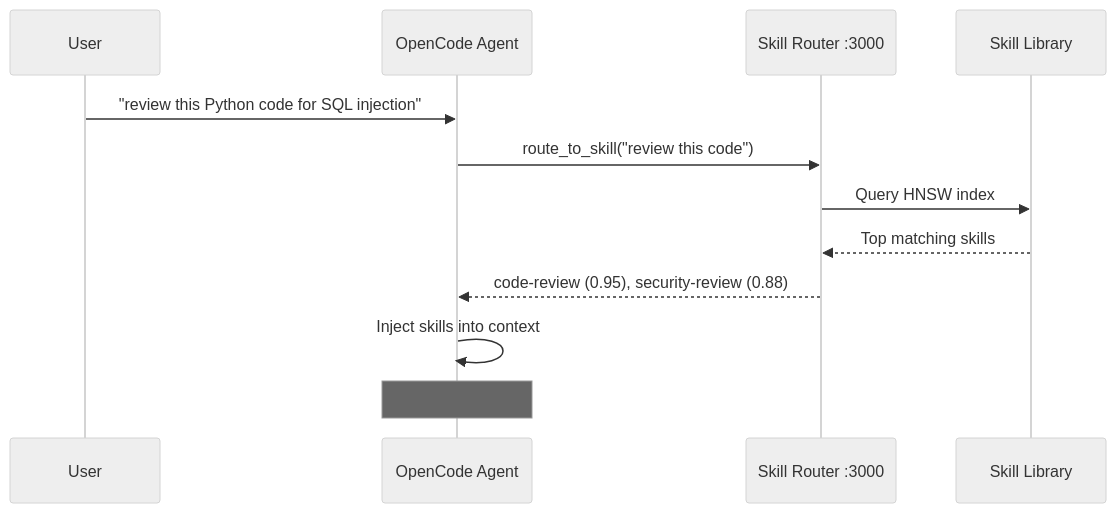
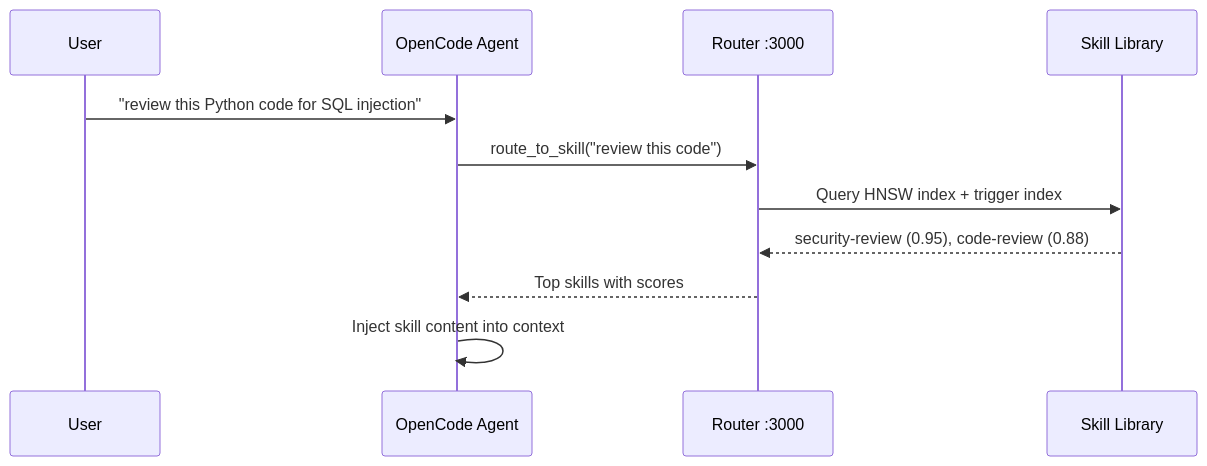
Before and after one commit to paulpas/agent-skill-router: the first of 3 diagrams in docs/show-and-tell-presentation.md, drawn with Mermaid. The commit also changed other lines of this file and 14 other files, not shown here.

````diff
--- a/docs/show-and-tell-presentation.md
+++ b/docs/show-and-tell-presentation.md
@@ -7,19 +7,14 @@
 ```mermaid
----
-config:
-  theme: neutral
----
 sequenceDiagram
     participant User
     participant OC as OpenCode Agent
-    participant Router as Skill Router :3000
+    participant Router as Router :3000
     participant Skills as Skill Library
 
     User->>OC: "review this Python code for SQL injection"
     OC->>Router: route_to_skill("review this code")
-    Router->>Skills: Query HNSW index
-    Skills-->>Router: Top matching skills
-    Router-->>OC: code-review (0.95), security-review (0.88)
-    OC->>OC: Inject skills into context
-    Note over OC: # Skill: coding-security-review<br/>OWASP Top 10 patterns<br/>SQL injection detection
+    Router->>Skills: Query HNSW index + trigger index
+    Skills-->>Router: security-review (0.95), code-review (0.88)
+    Router-->>OC: Top skills with scores
+    OC->>OC: Inject skill content into context
 ```
````
